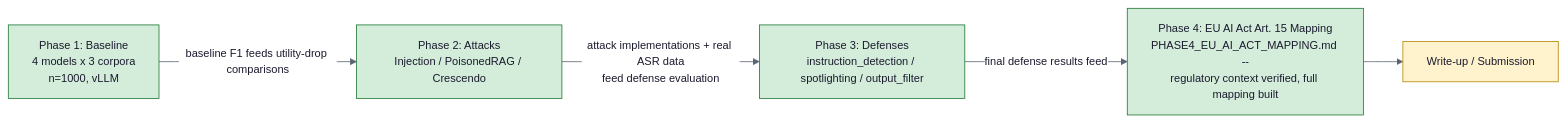
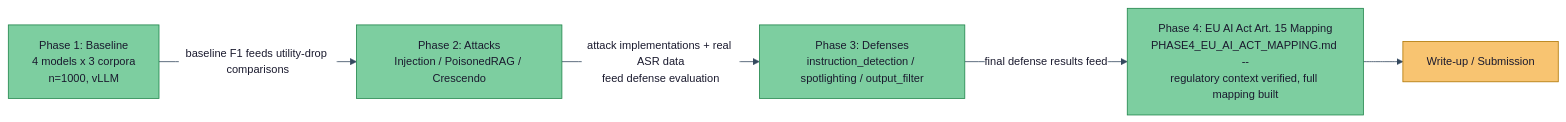
Before and after one commit to Simarjit1303/rag-adversarial-robustness: the first of 11 diagrams in docs/THESIS_ARCHITECTURE.md, drawn with Mermaid. The commit also changed other lines of this file, not shown here.

First line of the commit message:
Enrich THESIS_ARCHITECTURE.md diagram palette for visual variety

````diff
--- a/docs/THESIS_ARCHITECTURE.md
+++ b/docs/THESIS_ARCHITECTURE.md
@@ -17,19 +17,19 @@
 ```mermaid
-%%{init: {'theme':'base','themeVariables':{'primaryColor':'#eef2f7','primaryTextColor':'#1a1a2e','primaryBorderColor':'#37517e','lineColor':'#5a6472','secondaryColor':'#eef2f7','secondaryTextColor':'#1a1a2e','secondaryBorderColor':'#37517e','tertiaryColor':'#eef2f7','tertiaryTextColor':'#1a1a2e','tertiaryBorderColor':'#37517e','edgeLabelBackground':'#ffffff','clusterBkg':'#eef2f7','clusterBorder':'#37517e','titleColor':'#1a1a2e','textColor':'#1a1a2e','fontSize':'14px'}}}%%
+%%{init: {'theme':'base','themeVariables':{'primaryColor':'#85c1e9','primaryTextColor':'#1a1a2e','primaryBorderColor':'#1a5276','lineColor':'#34495e','secondaryColor':'#85c1e9','secondaryTextColor':'#1a1a2e','secondaryBorderColor':'#1a5276','tertiaryColor':'#85c1e9','tertiaryTextColor':'#1a1a2e','tertiaryBorderColor':'#1a5276','edgeLabelBackground':'#ffffff','clusterBkg':'#d6eaf8','clusterBorder':'#1a5276','titleColor':'#1a1a2e','textColor':'#1a1a2e','fontSize':'14px'}}}%%
 flowchart LR
     P1["Phase 1: Baseline<br/>4 models x 3 corpora<br/>n=1000, vLLM"]
     P2["Phase 2: Attacks<br/>Injection / PoisonedRAG / Crescendo"]
     P3["Phase 3: Defenses<br/>instruction_detection / spotlighting / output_filter"]
     P4["Phase 4: EU AI Act Art. 15 Mapping<br/>PHASE4_EU_AI_ACT_MAPPING.md --<br/>regulatory context verified, full mapping built"]
     WR["Write-up / Submission"]
 
     P1 -->|"baseline F1 feeds utility-drop comparisons"| P2
     P2 -->|"attack implementations + real ASR data<br/>feed defense evaluation"| P3
     P3 -->|"final defense results feed"| P4
     P4 --> WR
 
-    classDef done fill:#d4edda,stroke:#1c7430,color:#1a1a2e
-    classDef open fill:#fff3cd,stroke:#b38600,color:#1a1a2e
+    classDef done fill:#7dcea0,stroke:#1e8449,color:#1a1a2e
+    classDef open fill:#f8c471,stroke:#af7500,color:#1a1a2e
     class P1,P2,P3,P4 done
     class WR open
 ```
````
